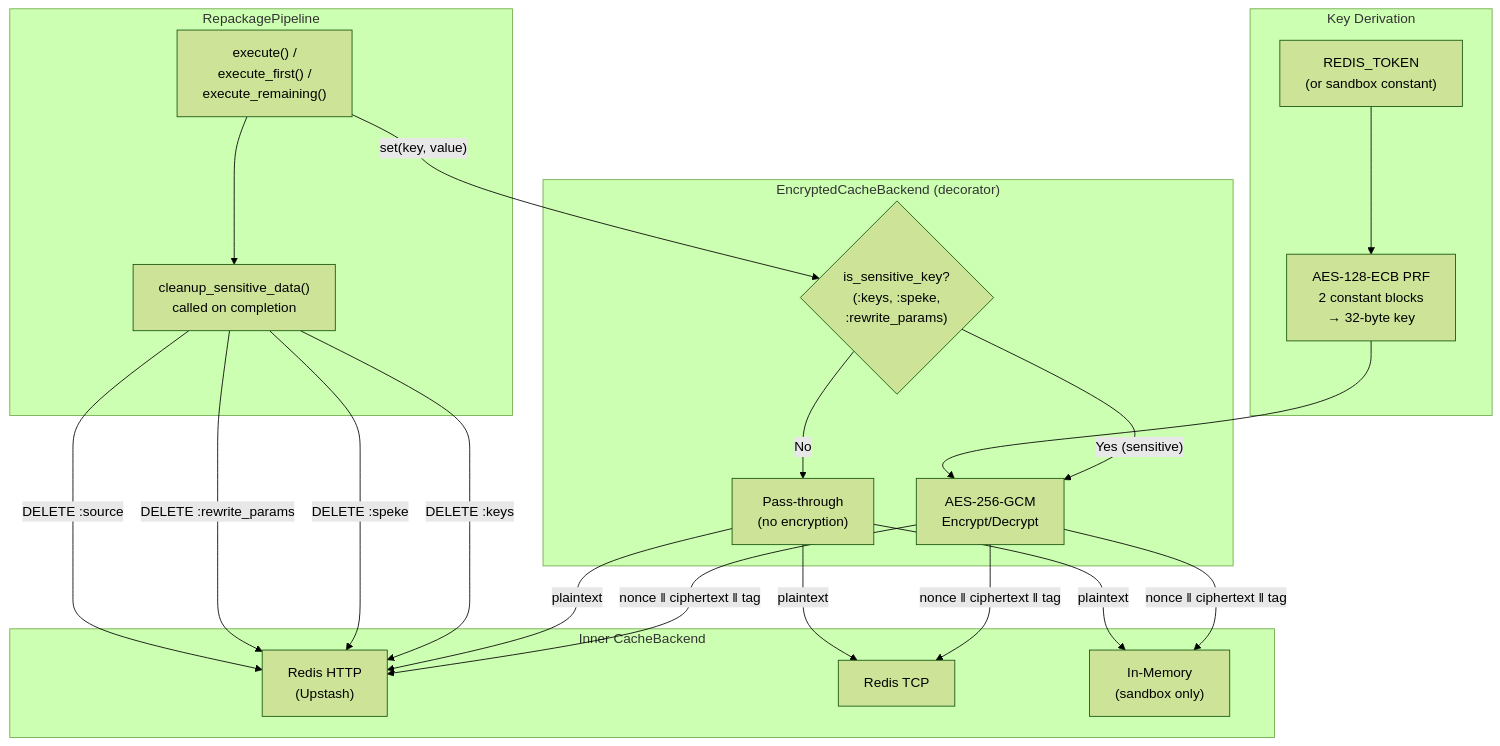
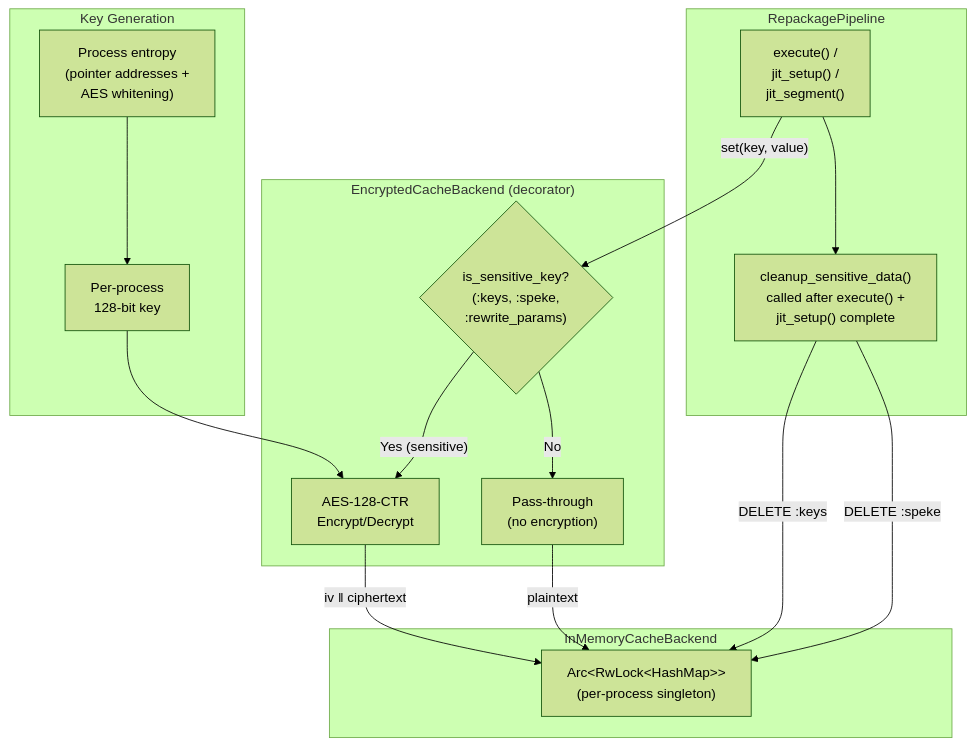
Before and after one commit to adrums86/edgepack: the sixth of 11 diagrams in docs/architecture.md, drawn with Mermaid (forest theme). The commit also changed other lines of this file and 37 other files, not shown here.

````diff
--- a/docs/architecture.md
+++ b/docs/architecture.md
@@ -265,43 +247,35 @@
 ```mermaid
 flowchart TB
     subgraph Pipeline["RepackagePipeline"]
-        Execute["execute() /<br/>execute_first() /<br/>execute_remaining()"]
-        Cleanup["cleanup_sensitive_data()<br/>called on completion"]
+        Execute["execute() /<br/>jit_setup() /<br/>jit_segment()"]
+        Cleanup["cleanup_sensitive_data()<br/>called after execute() +<br/>jit_setup() complete"]
     end
 
     subgraph EncLayer["EncryptedCacheBackend (decorator)"]
         Check{"is_sensitive_key?<br/>(:keys, :speke,<br/>:rewrite_params)"}
-        AES["AES-256-GCM<br/>Encrypt/Decrypt"]
+        AES["AES-128-CTR<br/>Encrypt/Decrypt"]
         Pass["Pass-through<br/>(no encryption)"]
     end
 
-    subgraph Inner["Inner CacheBackend"]
-        RedisHTTP["Redis HTTP<br/>(Upstash)"]
-        RedisTCP["Redis TCP"]
-        Memory["In-Memory<br/>(sandbox only)"]
+    subgraph Inner["InMemoryCacheBackend"]
+        Memory["Arc&lt;RwLock&lt;HashMap&gt;&gt;<br/>(per-process singleton)"]
     end
 
-    subgraph KeyDerivation["Key Derivation"]
-        Token["REDIS_TOKEN<br/>(or sandbox constant)"]
-        PRF["AES-128-ECB PRF<br/>2 constant blocks<br/>→ 32-byte key"]
+    subgraph KeyGen["Key Generation"]
+        Entropy["Process entropy<br/>(pointer addresses +<br/>AES whitening)"]
+        Key["Per-process<br/>128-bit key"]
     end
 
     Execute -- "set(key, value)" --> Check
     Check -- "Yes (sensitive)" --> AES
     Check -- "No" --> Pass
-    AES -- "nonce ‖ ciphertext ‖ tag" --> RedisHTTP
-    AES -- "nonce ‖ ciphertext ‖ tag" --> RedisTCP
-    AES -- "nonce ‖ ciphertext ‖ tag" --> Memory
-    Pass -- "plaintext" --> RedisHTTP
-    Pass -- "plaintext" --> RedisTCP
+    AES -- "iv ‖ ciphertext" --> Memory
     Pass -- "plaintext" --> Memory
 
-    Token --> PRF
-    PRF --> AES
+    Entropy --> Key
+    Key --> AES
 
     Execute --> Cleanup
-    Cleanup -- "DELETE :keys" --> RedisHTTP
-    Cleanup -- "DELETE :speke" --> RedisHTTP
-    Cleanup -- "DELETE :rewrite_params" --> RedisHTTP
-    Cleanup -- "DELETE :source" --> RedisHTTP
+    Cleanup -- "DELETE :keys" --> Memory
+    Cleanup -- "DELETE :speke" --> Memory
 ```
````
